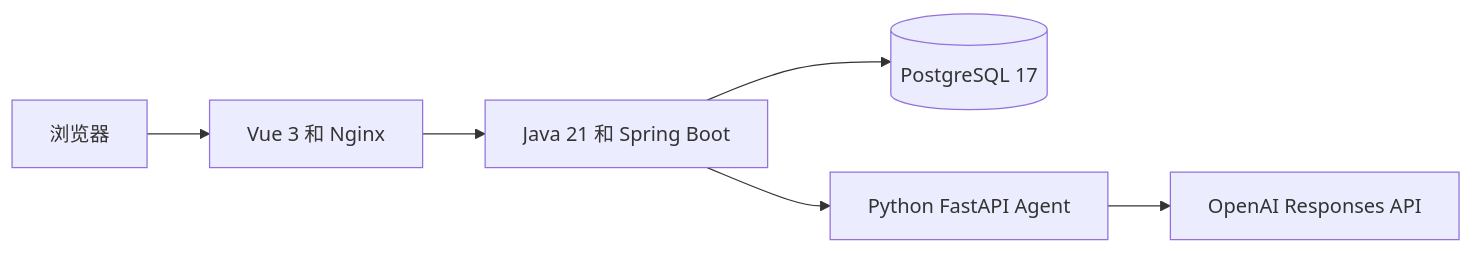
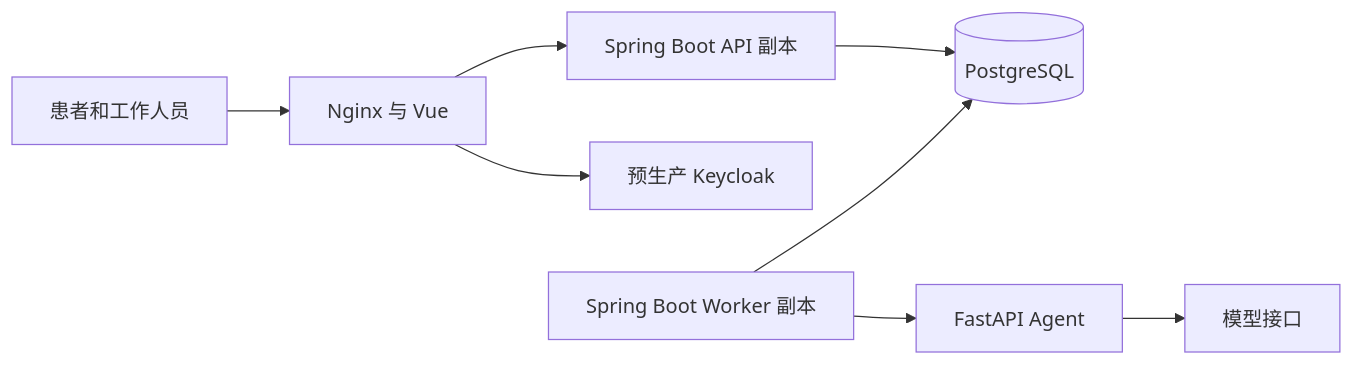
One commit to W205614/CareContinuo changed the diagram in README.md. Above: the diagram before and after it, drawn with Mermaid. The commit also changed other lines of this file and 6 other files, not shown here.

````diff
--- a/README.md
+++ b/README.md
@@ -42,8 +56,10 @@
 ```mermaid
 flowchart LR
-  Browser[浏览器] --> Web[Vue 3 和 Nginx]
-  Web --> API[Java 21 和 Spring Boot]
-  API --> Database[(PostgreSQL 17)]
-  API --> Agent[Python FastAPI Agent]
-  Agent --> Model[OpenAI Responses API]
+  Browser[患者和工作人员] --> Edge[Nginx 与 Vue]
+  Edge --> API[Spring Boot API 副本]
+  Edge --> IDP[预生产 Keycloak]
+  API --> DB[(PostgreSQL)]
+  Worker[Spring Boot Worker 副本] --> DB
+  Worker --> Agent[FastAPI Agent]
+  Agent --> Model[模型接口]
 ```
````
